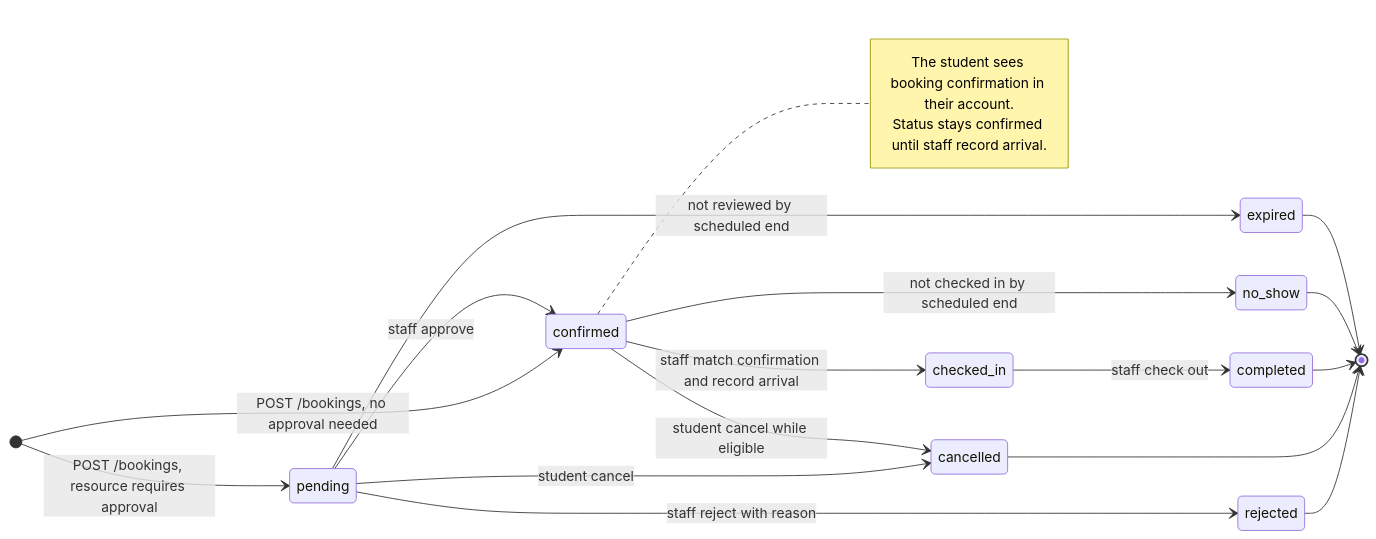
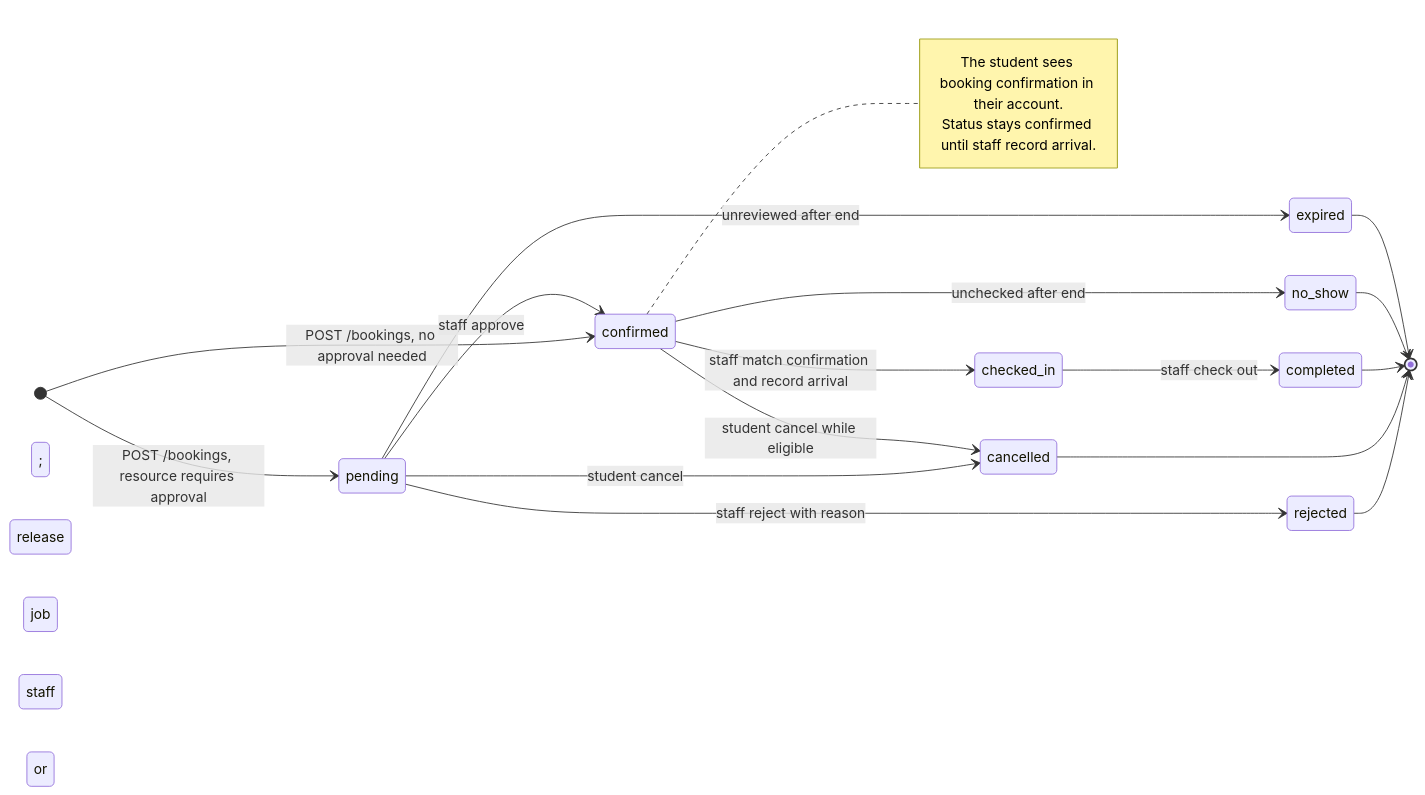
Before and after one commit to Nam-Antoine/campus-resource-booking: the fourth of 10 diagrams in docs/ARCHITECTURE.md, drawn with Mermaid. The commit also changed other lines of this file and 11 other files, not shown here.

````diff
--- a/docs/ARCHITECTURE.md
+++ b/docs/ARCHITECTURE.md
@@ -177,28 +177,28 @@
 ```mermaid
 stateDiagram-v2
     direction LR
     [*] --> pending: POST /bookings, resource requires approval
     [*] --> confirmed: POST /bookings, no approval needed
 
     pending --> confirmed: staff approve
     pending --> rejected: staff reject with reason
     pending --> cancelled: student cancel
-    pending --> expired: not reviewed by scheduled end
+    pending --> expired: unreviewed after end; release job
 
     confirmed --> checked_in: staff match confirmation and record arrival
-    confirmed --> no_show: not checked in by scheduled end
+    confirmed --> no_show: unchecked after end; staff or release job
     confirmed --> cancelled: student cancel while eligible
 
     checked_in --> completed: staff check out
 
     rejected --> [*]
     cancelled --> [*]
     completed --> [*]
     no_show --> [*]
     expired --> [*]
 
     note right of confirmed
         The student sees booking confirmation in their account.
         Status stays confirmed until staff record arrival.
     end note
 ```
````
